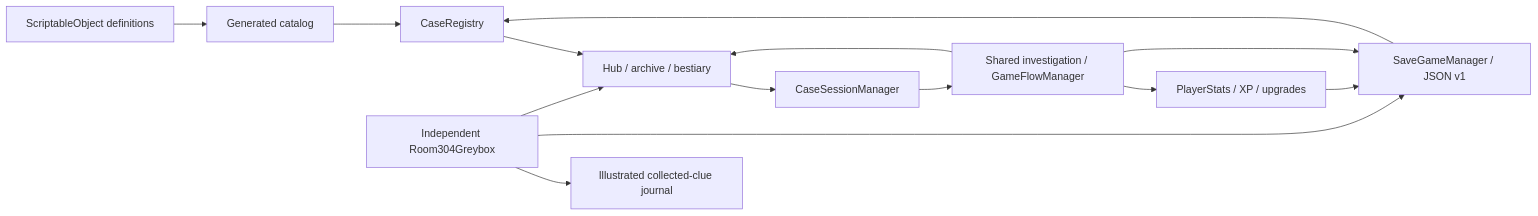
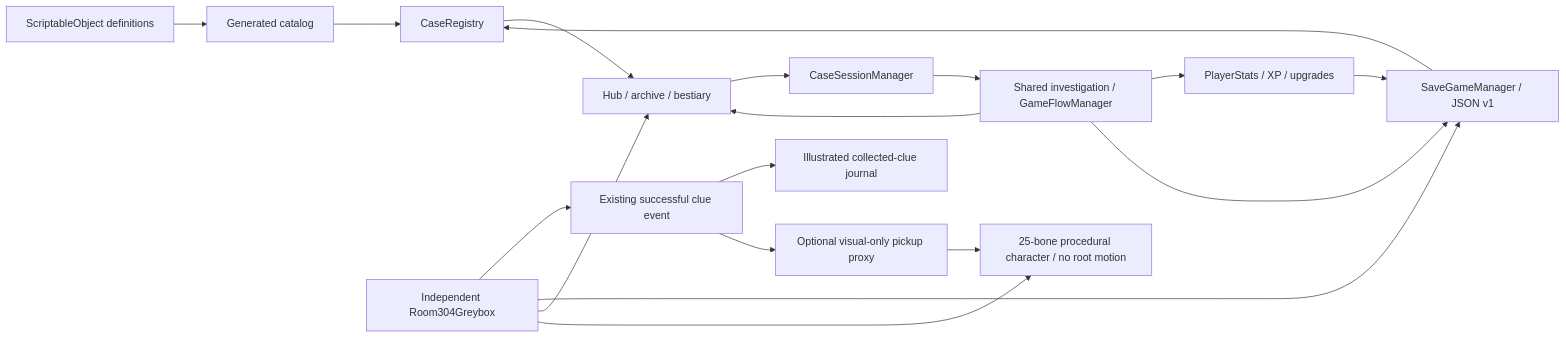
Before and after one commit to Vaenix/LostCity: the diagram in README.md, drawn with Mermaid. The commit also changed other lines of this file and 103 other files, not shown here.

First line of the commit message:
feat: add skinned protagonist motion and clue presentation

````diff
--- a/README.md
+++ b/README.md
@@ -89,16 +99,20 @@
 ```mermaid
 flowchart LR
     Definitions["ScriptableObject definitions"] --> Catalog["Generated catalog"]
     Catalog --> Registry["CaseRegistry"]
     Save["SaveGameManager / JSON v1"] --> Registry
     Registry --> Hub["Hub / archive / bestiary"]
     Hub --> Session["CaseSessionManager"]
     Session --> Flow["Shared investigation / GameFlowManager"]
     Flow --> Player["PlayerStats / XP / upgrades"]
     Player --> Save
     Flow --> Save
     Flow --> Hub
-    Sample["Independent Room304Greybox"] --> Journal["Illustrated collected-clue journal"]
+    Sample["Independent Room304Greybox"] --> Collected["Existing successful clue event"]
+    Collected --> Journal["Illustrated collected-clue journal"]
     Sample --> Save
     Sample --> Hub
+    Sample --> Visual["25-bone procedural character / no root motion"]
+    Collected --> Presentation["Optional visual-only pickup proxy"]
+    Presentation --> Visual
 ```
````
